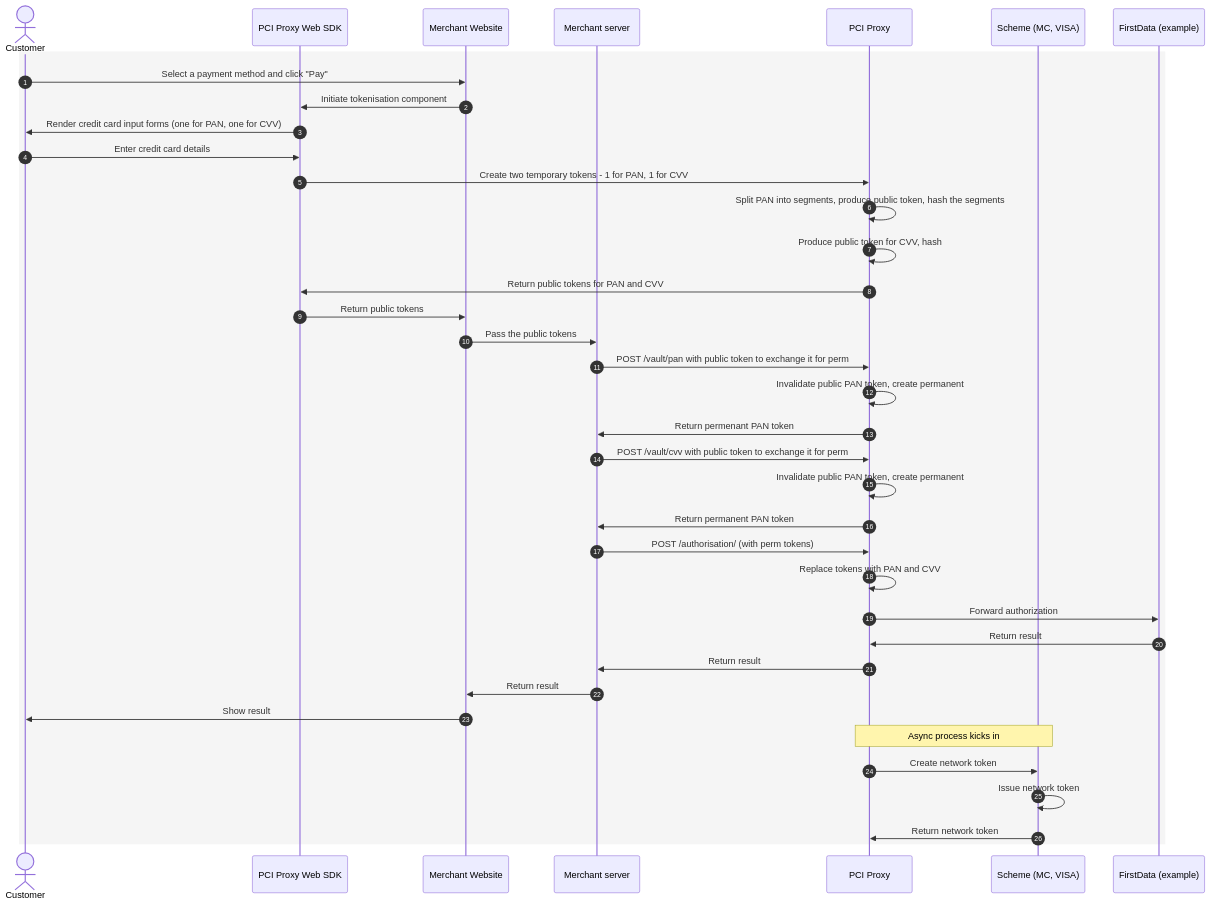
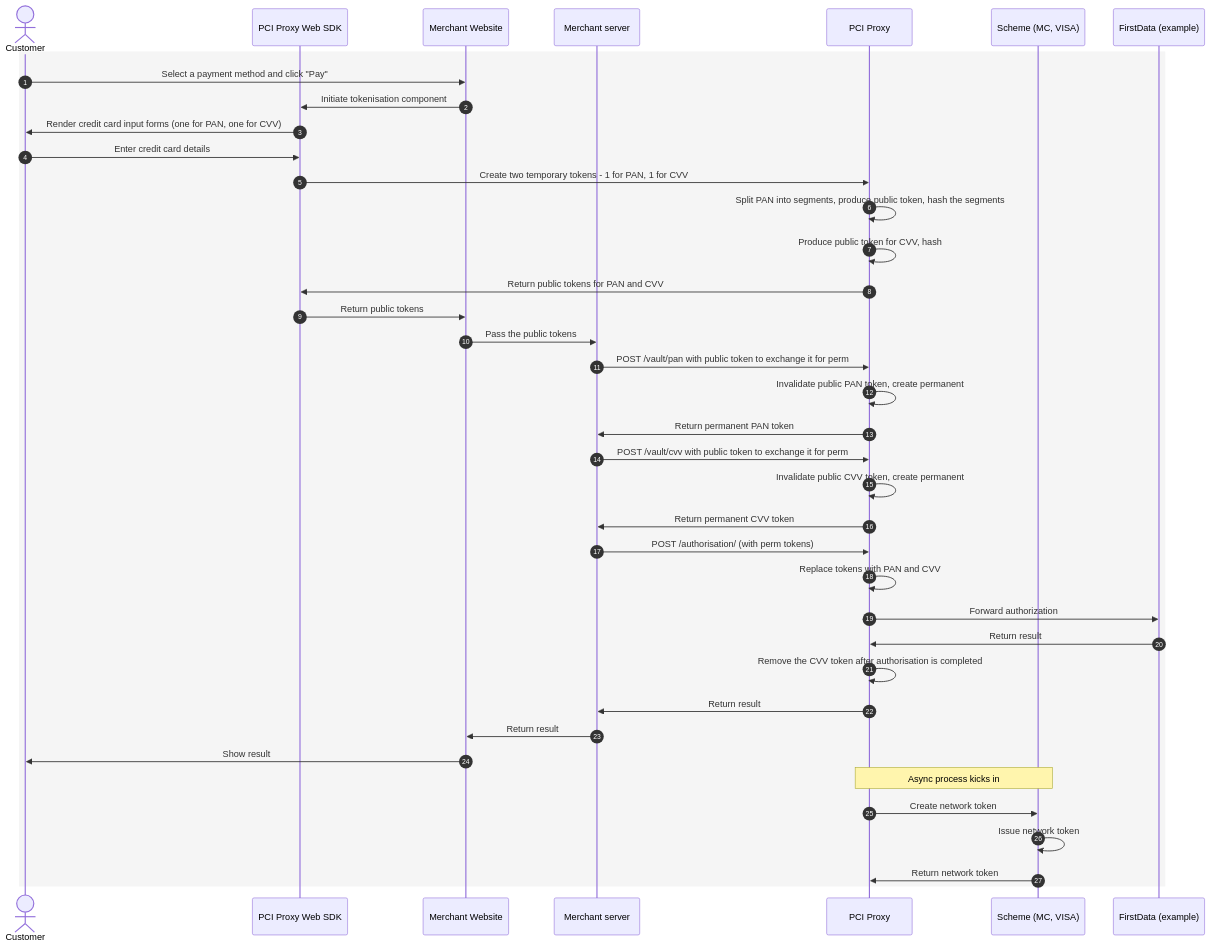
Before and after one commit to todor-di/todor-di.github.io: the third of 3 diagrams in index.md, drawn with Mermaid. The commit also changed other lines of this file, not shown here.

First line of the commit message:
Fix CVV handling, typos and notes formatting in case studies

````diff
--- a/index.md
+++ b/index.md
@@ -216,42 +214,43 @@
 ```mermaid
 sequenceDiagram
     autonumber
     actor C as Customer
     participant FE as PCI Proxy Web SDK
     participant MFE as Merchant Website
     participant MBE as Merchant server
     participant PRX as PCI Proxy
     participant SC as Scheme (MC, VISA)
     participant FD as FirstData (example)
 
     rect rgba(128,128,128,0.08)
     C->>MFE: Select a payment method and click "Pay"
     MFE->>FE: Initiate tokenisation component
     FE->>C: Render credit card input forms (one for PAN, one for CVV) 
     C->>FE: Enter credit card details
     FE->>PRX: Create two temporary tokens - 1 for PAN, 1 for CVV
     PRX->>PRX: Split PAN into segments, produce public token, hash the segments
     PRX->>PRX: Produce public token for CVV, hash
     PRX->>FE: Return public tokens for PAN and CVV
     FE->>MFE: Return public tokens
     MFE->>MBE: Pass the public tokens
     MBE->>PRX: POST /vault/pan with public token to exchange it for perm
     PRX->>PRX: Invalidate public PAN token, create permanent
-    PRX->>MBE: Return permenant PAN token
+    PRX->>MBE: Return permanent PAN token
     MBE->>PRX: POST /vault/cvv with public token to exchange it for perm
-    PRX->>PRX: Invalidate public PAN token, create permanent
-    PRX->>MBE: Return permanent PAN token
+    PRX->>PRX: Invalidate public CVV token, create permanent
+    PRX->>MBE: Return permanent CVV token
     MBE->>PRX: POST /authorisation/ (with perm tokens)
     PRX->>PRX: Replace tokens with PAN and CVV
     PRX->>FD: Forward authorization
     FD->>PRX: Return result
+    PRX->>PRX: Remove the CVV token after authorisation is completed
     PRX->>MBE: Return result
     MBE->>MFE: Return result
     MFE->>C: Show result
 
     note over PRX, SC: Async process kicks in;
     PRX->>SC: Create network token
     SC->>SC: Issue network token
     SC->>PRX: Return network token
     end
 ```
````
